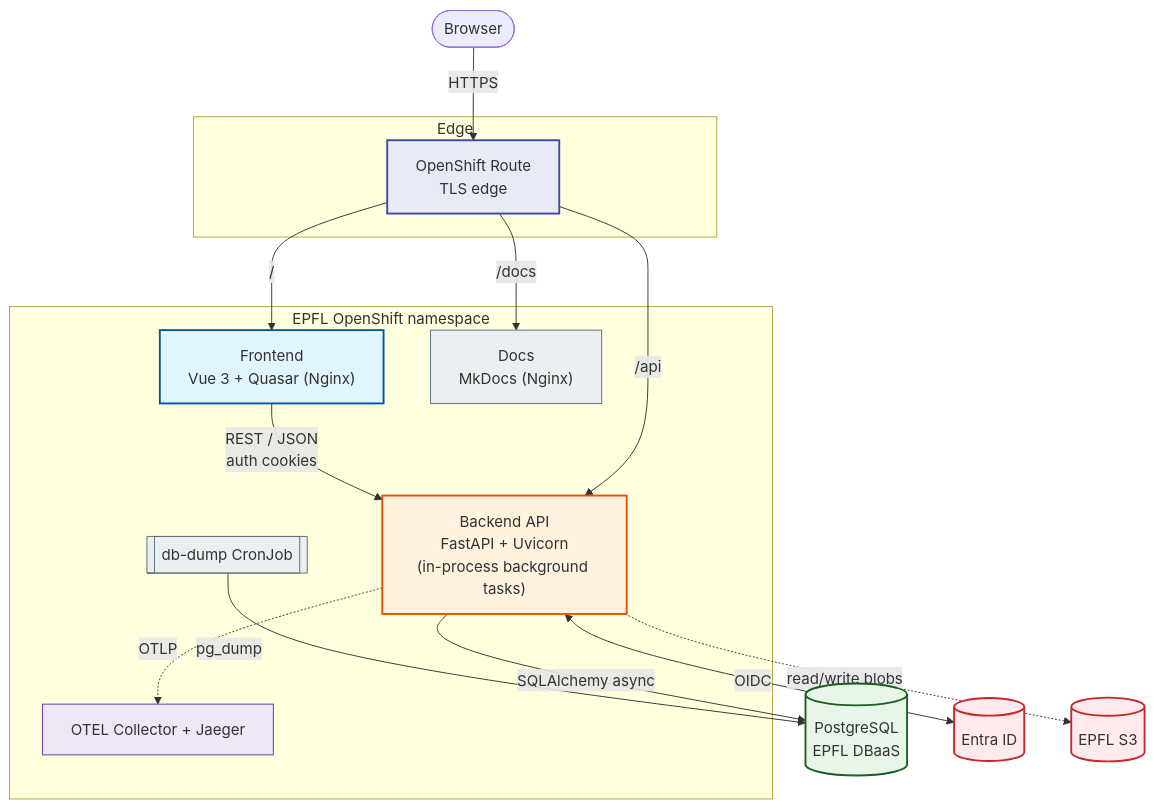
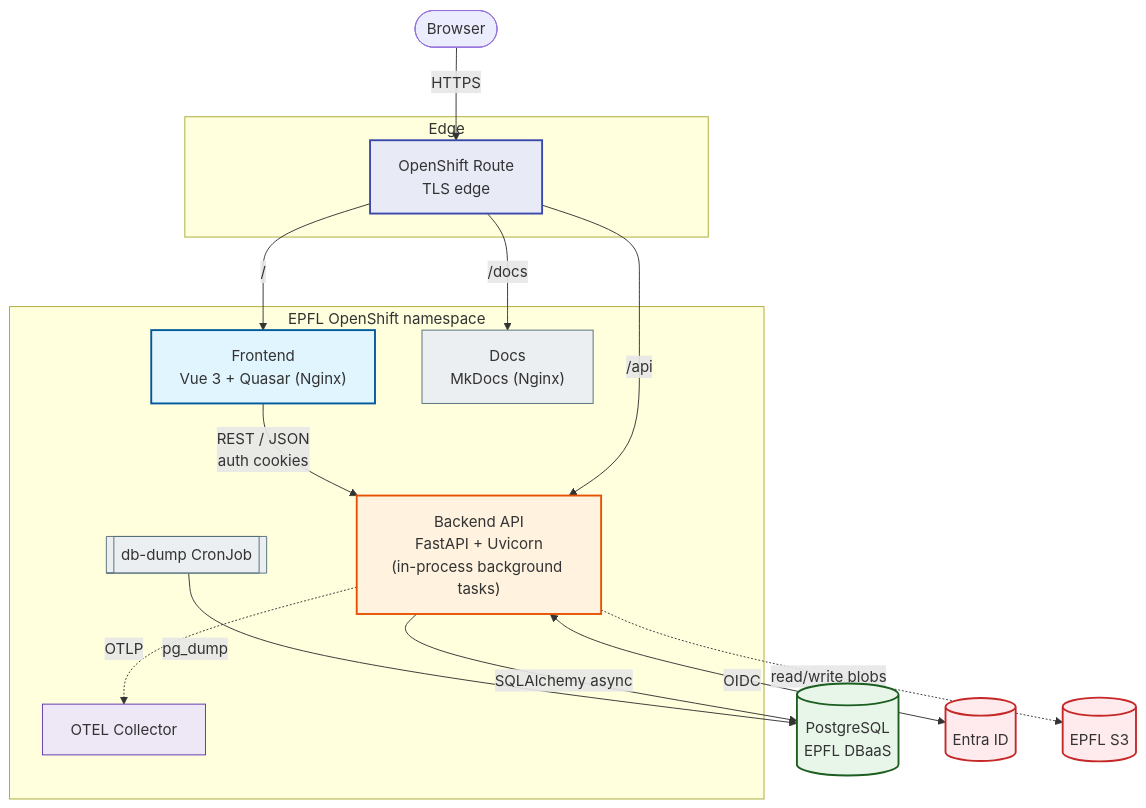
The second of 3 diagrams in docs/src/architecture/02-system-overview.md (EPFL-ENAC/co2-calculator), drawn with Mermaid before and after one commit. The commit also changed other lines of this file and 15 other files, not shown here.

````diff
--- a/docs/src/architecture/02-system-overview.md
+++ b/docs/src/architecture/02-system-overview.md
@@ -140,47 +140,47 @@
 ```mermaid
 flowchart TB
     Browser([Browser])
 
     subgraph Edge["Edge"]
         Route[OpenShift Route<br/>TLS edge]
     end
 
     subgraph OCP["EPFL OpenShift namespace"]
         FE["Frontend<br/>Vue 3 + Quasar (Nginx)"]
         BE["Backend API<br/>FastAPI + Uvicorn<br/>(in-process background tasks)"]
         Docs["Docs<br/>MkDocs (Nginx)"]
-        Otel["OTEL Collector + Jaeger"]
+        Otel["OTEL Collector"]
         DBDump[[db-dump CronJob]]
     end
 
     PG[(PostgreSQL<br/>EPFL DBaaS)]
     Entra[(Entra ID)]
     S3[(EPFL S3)]
 
     Browser -->|HTTPS| Route
     Route -->|/| FE
     Route -->|/api| BE
     Route -->|/docs| Docs
     FE -->|REST / JSON<br/>auth cookies| BE
     BE <-->|OIDC| Entra
     BE -->|SQLAlchemy async| PG
     BE -.->|read/write blobs| S3
     BE -.->|OTLP| Otel
     DBDump -->|pg_dump| PG
 
     classDef fe fill:#e1f5ff,stroke:#01579b,stroke-width:2px
     classDef be fill:#fff3e0,stroke:#e65100,stroke-width:2px
     classDef data fill:#e8f5e9,stroke:#1b5e20,stroke-width:2px
     classDef ext fill:#ffebee,stroke:#c62828,stroke-width:2px
     classDef edge fill:#e8eaf6,stroke:#3949ab,stroke-width:2px
     classDef docs fill:#eceff1,stroke:#546e7a,stroke-width:1px
     classDef mon fill:#ede7f6,stroke:#5e35b1,stroke-width:1px
     class FE fe
     class BE be
     class Docs docs
     class Otel mon
     class DBDump docs
     class PG data
     class Entra,S3 ext
     class Route edge
 ```
````
